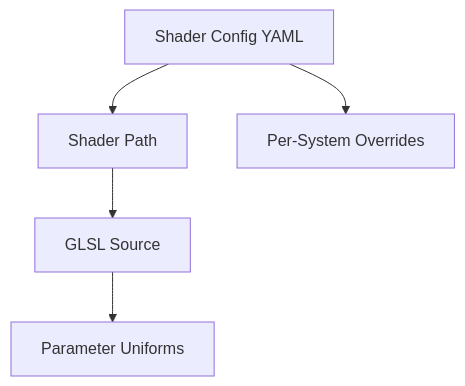
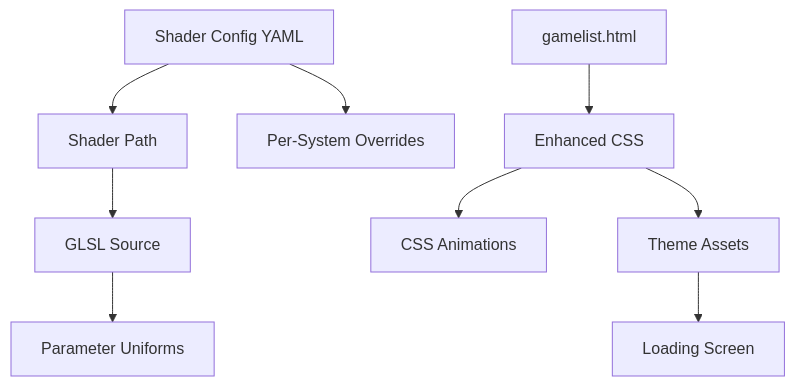
Before and after one commit to marcoriesco/RIESCADE_SYSTEM: the seventh of 7 diagrams in .qoder/repowiki/en/content/Visual Customization/Visual Customization.md, drawn with Mermaid. The commit also changed other lines of this file and 10 other files, not shown here.

````diff
--- a/.qoder/repowiki/en/content/Visual Customization/Visual Customization.md
+++ b/.qoder/repowiki/en/content/Visual Customization/Visual Customization.md
@@ -254,7 +352,11 @@
 ```mermaid
 graph TB
 CFG["Shader Config YAML"] --> PATH["Shader Path"]
 PATH --> SRC["GLSL Source"]
 SRC --> PARAMS["Parameter Uniforms"]
 CFG --> SYS["Per-System Overrides"]
+GLHTML["gamelist.html"] --> CSS["Enhanced CSS"]
+CSS --> ANIM["CSS Animations"]
+CSS --> ASSETS["Theme Assets"]
+ASSETS --> LOADER["Loading Screen"]
 ```
````
